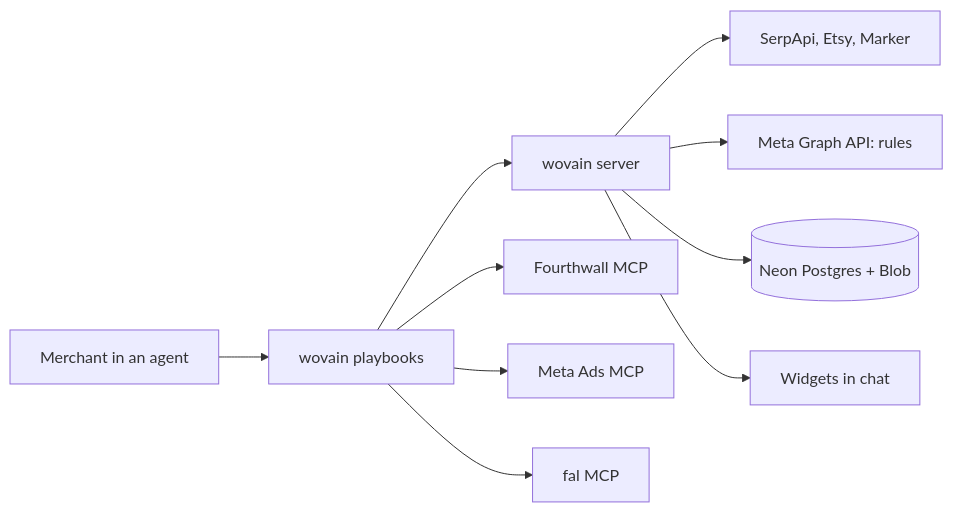
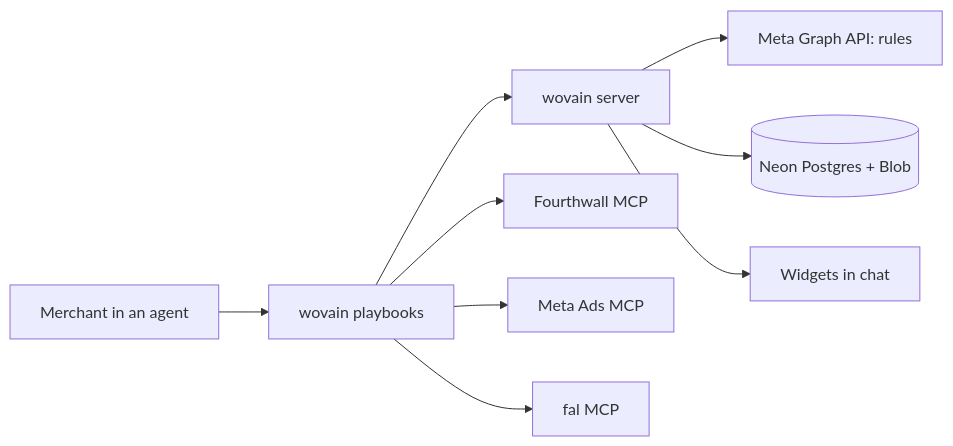
The diagram in devpost/spec.md (sami-m-g/wovain), drawn with Mermaid before and after one commit. The commit also changed other lines of this file and 15 other files, not shown here.

````diff
--- a/devpost/spec.md
+++ b/devpost/spec.md
@@ -39,12 +39,11 @@
 ```mermaid
 flowchart LR
   U[Merchant in an agent] --> P[wovain playbooks]
   P --> W[wovain server]
   P --> FW[Fourthwall MCP]
   P --> MA[Meta Ads MCP]
   P --> FAL[fal MCP]
-  W --> SA[SerpApi, Etsy, Marker]
   W --> G[Meta Graph API: rules]
   W --> J[(Neon Postgres + Blob)]
   W --> C[Widgets in chat]
 ```
````
